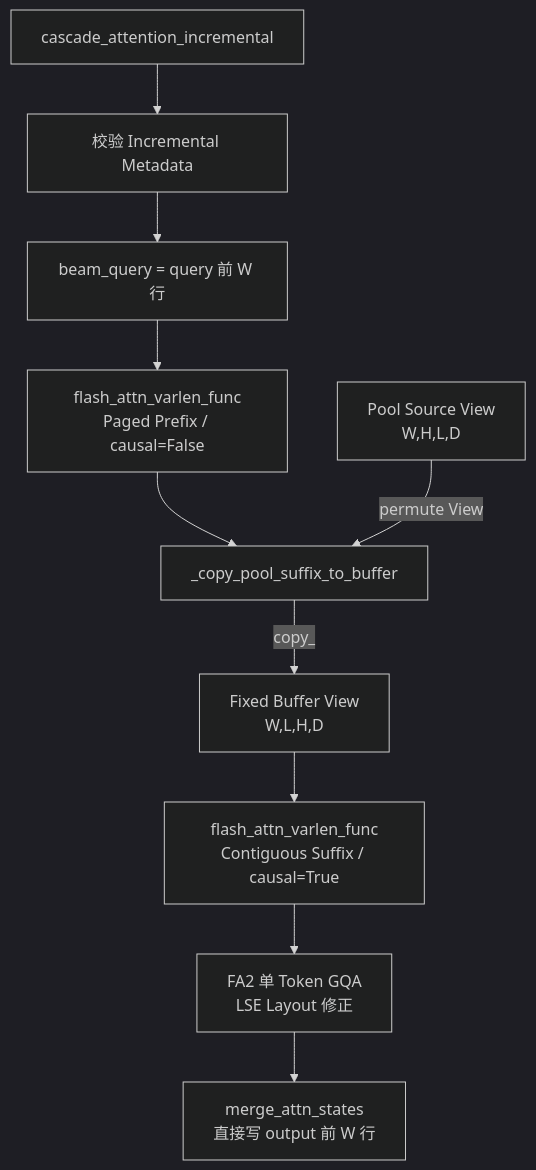
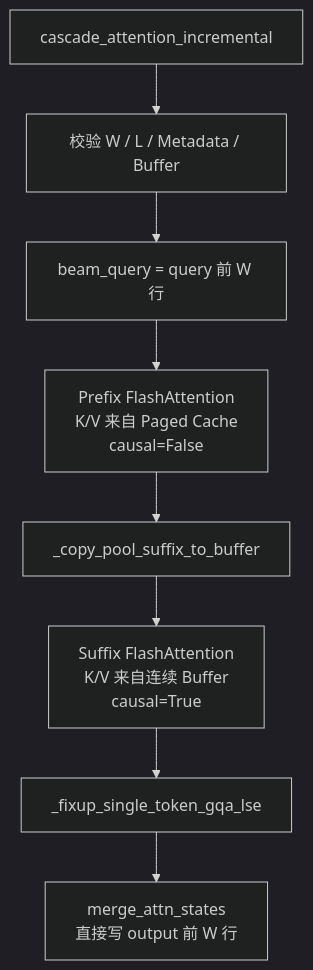
The fourth of 7 diagrams in [Task 2] 增量解码 Attention 计算路径.md (ZhiYunpenghuawei/p1), drawn with Mermaid (dark theme) before and after one commit. The commit also changed other lines of this file, not shown here.

Commit message:
Update [Task 2] 增量解码 Attention 计算路径.md

````diff
--- a/[Task 2] 增量解码 Attention 计算路径.md
+++ b/[Task 2] 增量解码 Attention 计算路径.md
@@ -353,17 +278,13 @@
 ```mermaid
 flowchart TD
     ENTRY[cascade_attention_incremental]
-    CHECK[校验 Incremental Metadata]
-    Q[beam_query = query 前 W 行]
-    PREFIX[flash_attn_varlen_func<br/>Paged Prefix / causal=False]
+    CHECK[校验 W / L / Metadata / Buffer]
+    QUERY[beam_query = query 前 W 行]
+    PREFIX[Prefix FlashAttention<br/>K/V 来自 Paged Cache<br/>causal=False]
     COPY[_copy_pool_suffix_to_buffer]
-    SRC[Pool Source View<br/>W,H,L,D]
-    DST[Fixed Buffer View<br/>W,L,H,D]
-    SUFFIX[flash_attn_varlen_func<br/>Contiguous Suffix / causal=True]
-    FIX[FA2 单 Token GQA<br/>LSE Layout 修正]
+    SUFFIX[Suffix FlashAttention<br/>K/V 来自连续 Buffer<br/>causal=True]
+    FIX[_fixup_single_token_gqa_lse]
     MERGE[merge_attn_states<br/>直接写 output 前 W 行]
 
-    ENTRY --> CHECK --> Q --> PREFIX --> COPY
-    SRC -->|permute View| COPY
-    COPY -->|copy_| DST --> SUFFIX --> FIX --> MERGE
+    ENTRY --> CHECK --> QUERY --> PREFIX --> COPY --> SUFFIX --> FIX --> MERGE
 ```
````
